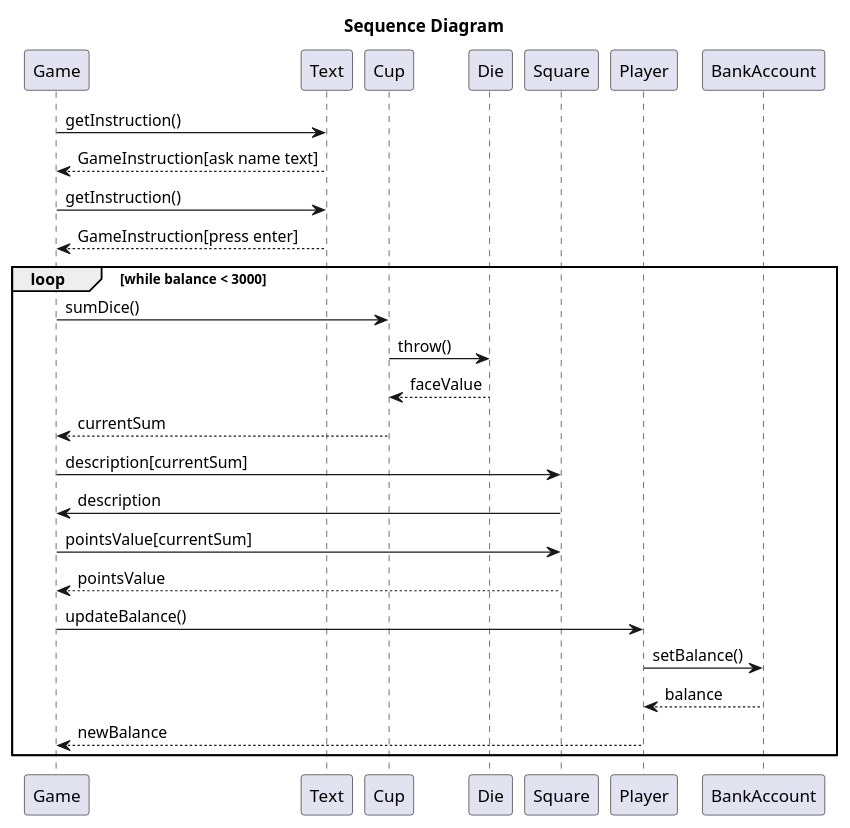
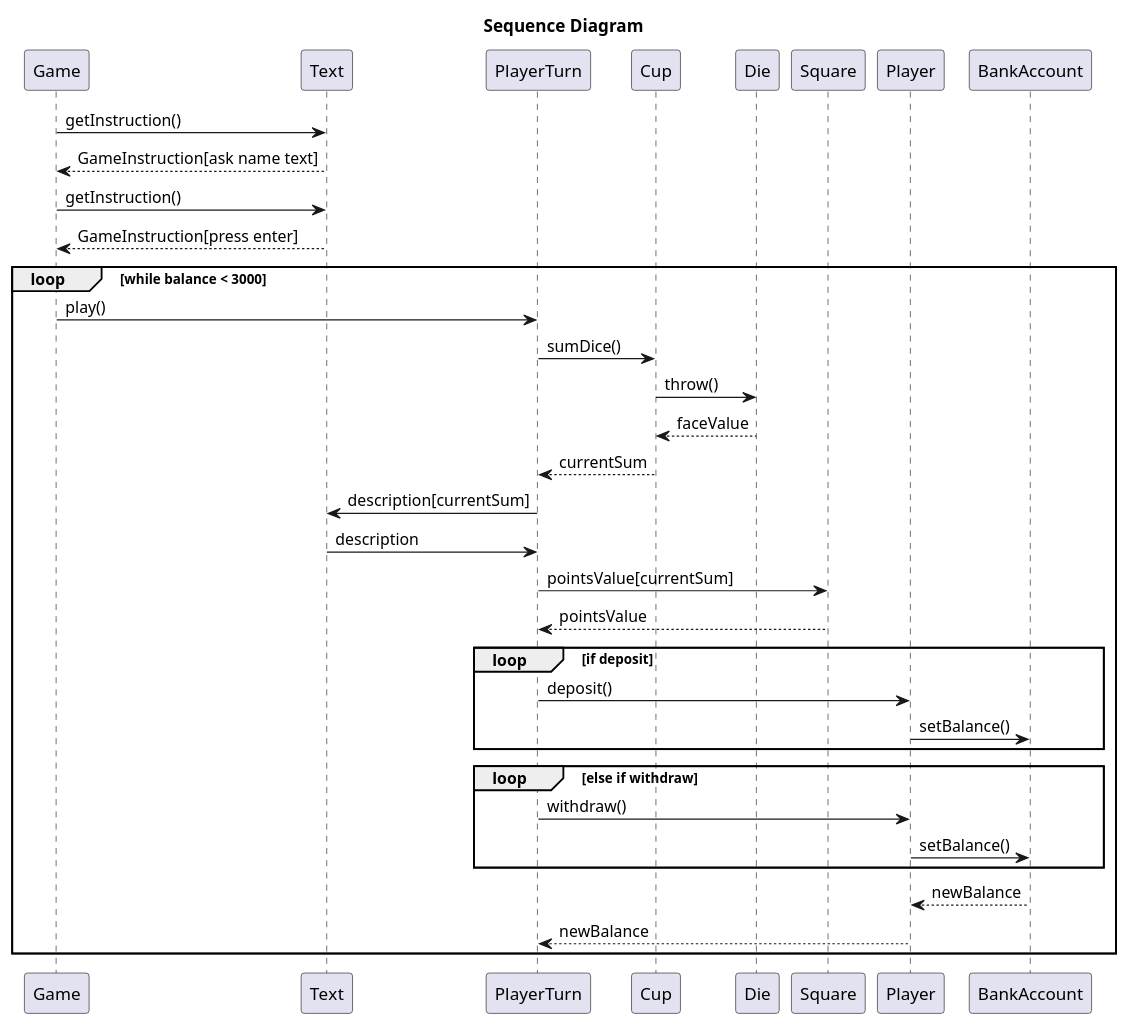
Before and after one commit to Besbes1/G_26_CDIO2: the diagram in Diagrams/SekvensDiagram.puml, drawn with PlantUML.

Commit message:
Adding a if loop to handle deposit and withdraw

```diff
--- a/Diagrams/SekvensDiagram.puml
+++ b/Diagrams/SekvensDiagram.puml
@@ -1,25 +1,32 @@
 @startuml
 title Sequence Diagram
 Game -> Text : getInstruction()
 Text --> Game : GameInstruction[ask name text]
 Game -> Text : getInstruction()
 Text --> Game : GameInstruction[press enter]
 loop while balance < 3000
 
-Game -> Cup : sumDice()
+Game -> PlayerTurn : play()
+PlayerTurn -> Cup : sumDice()
 Cup -> Die : throw()
 Die --> Cup : faceValue
-Cup --> Game : currentSum
-Game -> Square : description[currentSum]
-Square -> Game : description
-Game -> Square : pointsValue[currentSum]
-Square --> Game : pointsValue
-Game -> Player : updateBalance()
+Cup --> PlayerTurn : currentSum
+PlayerTurn -> Text : description[currentSum]
+Text -> PlayerTurn : description
+PlayerTurn -> Square : pointsValue[currentSum]
+Square --> PlayerTurn : pointsValue
+loop if deposit
+PlayerTurn -> Player : deposit()
 Player -> BankAccount : setBalance()
-BankAccount --> Player : balance
-Player --> Game : newBalance
+end
+loop else if withdraw
+PlayerTurn -> Player : withdraw()
+Player -> BankAccount : setBalance()
+end
+BankAccount --> Player : newBalance
+Player --> PlayerTurn : newBalance
 
 
 end
 
 @enduml
```
